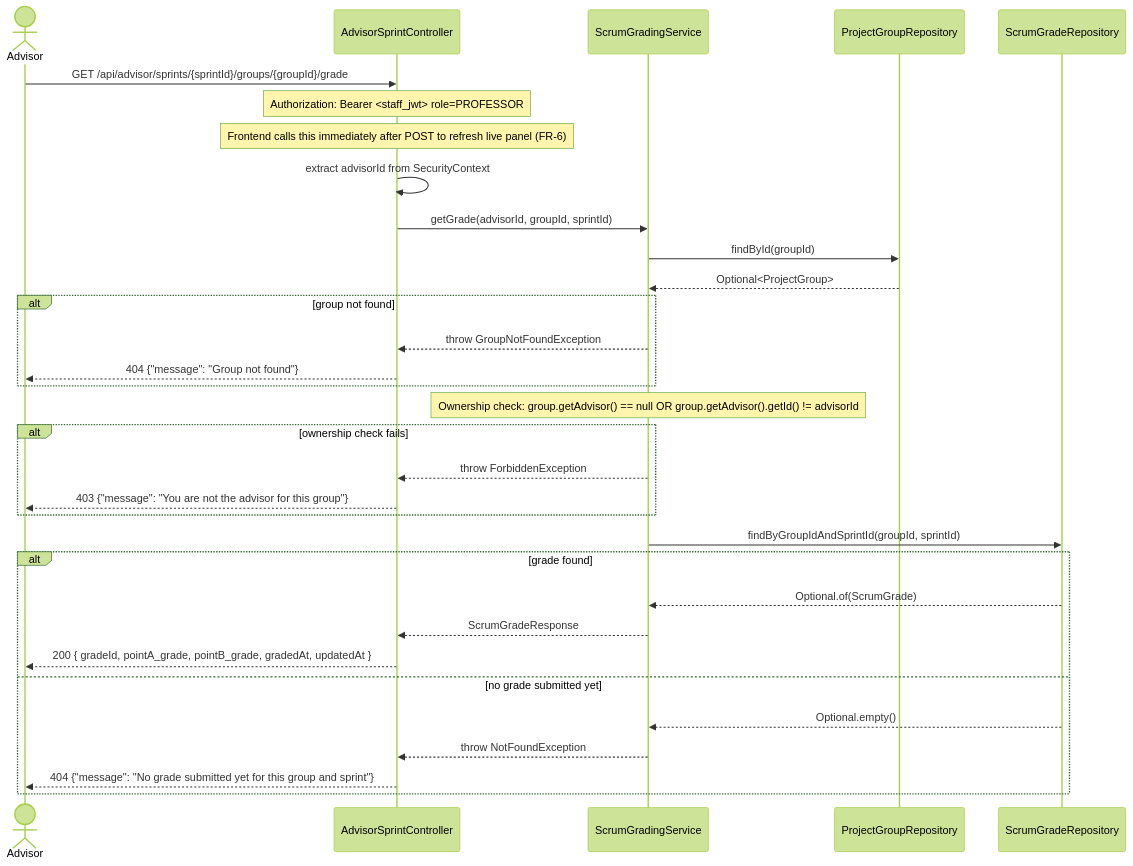
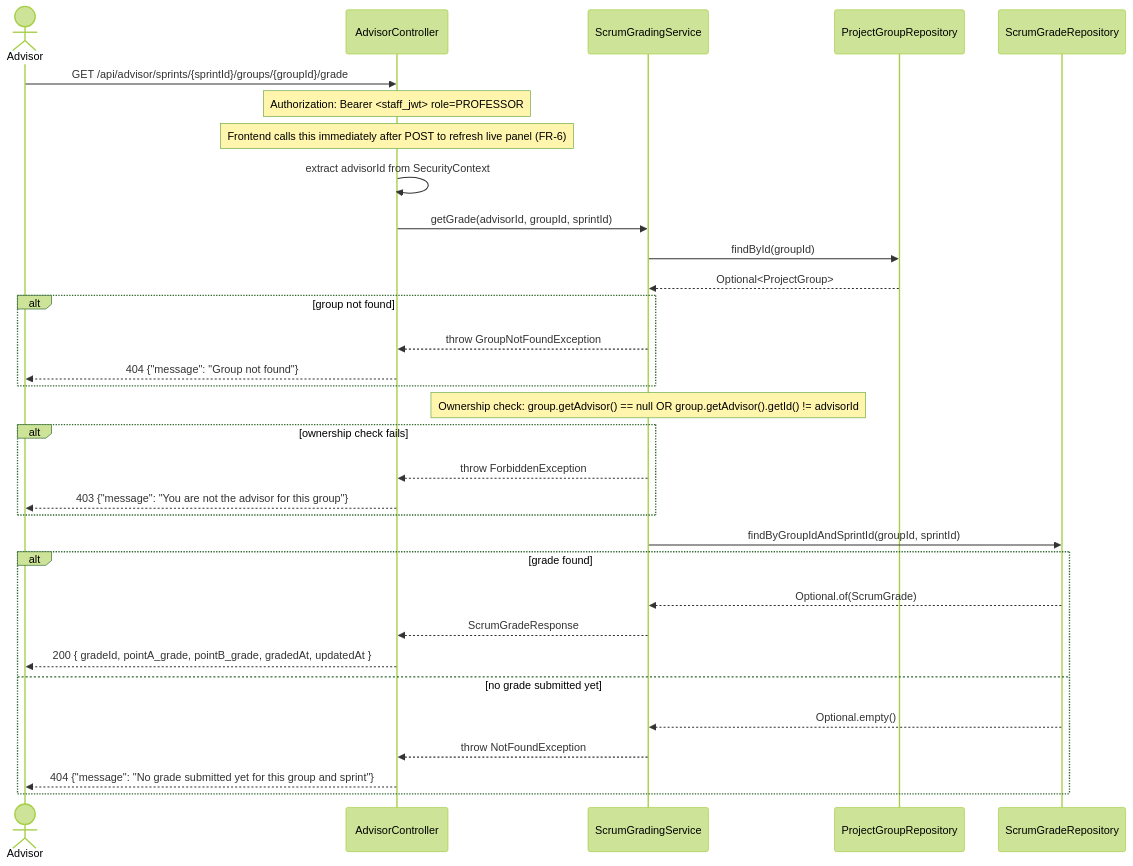
One commit to SE3318-Spring-2025-2026/senior-app-6 changed the second of 2 diagrams in docs/process5/sequences/5.5b_advisor_scrum_grading.md. Above: the diagram before and after it, drawn with Mermaid (forest theme). The commit also changed other lines of this file and 4 other files, not shown here.

````diff
--- a/docs/process5/sequences/5.5b_advisor_scrum_grading.md
+++ b/docs/process5/sequences/5.5b_advisor_scrum_grading.md
@@ -77,43 +77,43 @@
 ```mermaid
 sequenceDiagram
     actor Advisor
-    participant AdvisorSprintController
+    participant AdvisorController
     participant ScrumGradingService
     participant ProjectGroupRepository
     participant ScrumGradeRepository
 
-    Advisor->>AdvisorSprintController: GET /api/advisor/sprints/{sprintId}/groups/{groupId}/grade
-    Note over AdvisorSprintController: Authorization: Bearer <staff_jwt> role=PROFESSOR
-    Note over AdvisorSprintController: Frontend calls this immediately after POST to refresh live panel (FR-6)
+    Advisor->>AdvisorController: GET /api/advisor/sprints/{sprintId}/groups/{groupId}/grade
+    Note over AdvisorController: Authorization: Bearer <staff_jwt> role=PROFESSOR
+    Note over AdvisorController: Frontend calls this immediately after POST to refresh live panel (FR-6)
 
-    AdvisorSprintController->>AdvisorSprintController: extract advisorId from SecurityContext
-    AdvisorSprintController->>ScrumGradingService: getGrade(advisorId, groupId, sprintId)
+    AdvisorController->>AdvisorController: extract advisorId from SecurityContext
+    AdvisorController->>ScrumGradingService: getGrade(advisorId, groupId, sprintId)
 
     ScrumGradingService->>ProjectGroupRepository: findById(groupId)
     ProjectGroupRepository-->>ScrumGradingService: Optional<ProjectGroup>
 
     alt group not found
-        ScrumGradingService-->>AdvisorSprintController: throw GroupNotFoundException
-        AdvisorSprintController-->>Advisor: 404 {"message": "Group not found"}
+        ScrumGradingService-->>AdvisorController: throw GroupNotFoundException
+        AdvisorController-->>Advisor: 404 {"message": "Group not found"}
     end
 
     Note over ScrumGradingService: Ownership check: group.getAdvisor() == null OR group.getAdvisor().getId() != advisorId
 
     alt ownership check fails
-        ScrumGradingService-->>AdvisorSprintController: throw ForbiddenException
-        AdvisorSprintController-->>Advisor: 403 {"message": "You are not the advisor for this group"}
+        ScrumGradingService-->>AdvisorController: throw ForbiddenException
+        AdvisorController-->>Advisor: 403 {"message": "You are not the advisor for this group"}
     end
 
     ScrumGradingService->>ScrumGradeRepository: findByGroupIdAndSprintId(groupId, sprintId)
 
     alt grade found
         ScrumGradeRepository-->>ScrumGradingService: Optional.of(ScrumGrade)
-        ScrumGradingService-->>AdvisorSprintController: ScrumGradeResponse
-        AdvisorSprintController-->>Advisor: 200 { gradeId, pointA_grade, pointB_grade, gradedAt, updatedAt }
+        ScrumGradingService-->>AdvisorController: ScrumGradeResponse
+        AdvisorController-->>Advisor: 200 { gradeId, pointA_grade, pointB_grade, gradedAt, updatedAt }
 
     else no grade submitted yet
         ScrumGradeRepository-->>ScrumGradingService: Optional.empty()
-        ScrumGradingService-->>AdvisorSprintController: throw NotFoundException
-        AdvisorSprintController-->>Advisor: 404 {"message": "No grade submitted yet for this group and sprint"}
+        ScrumGradingService-->>AdvisorController: throw NotFoundException
+        AdvisorController-->>Advisor: 404 {"message": "No grade submitted yet for this group and sprint"}
     end
 ```
````
